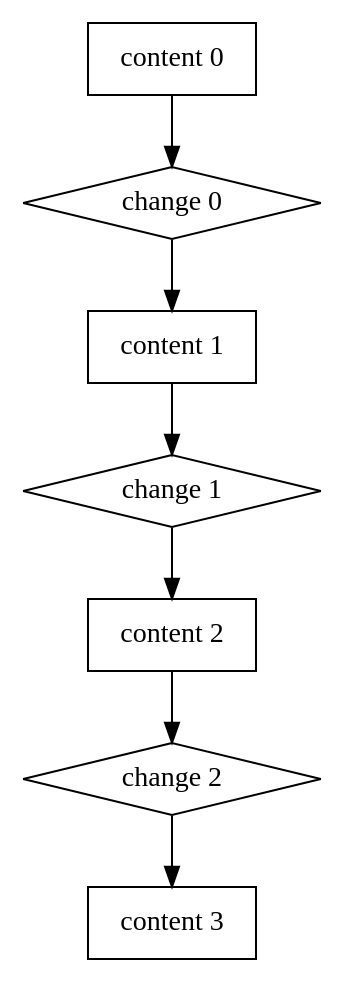
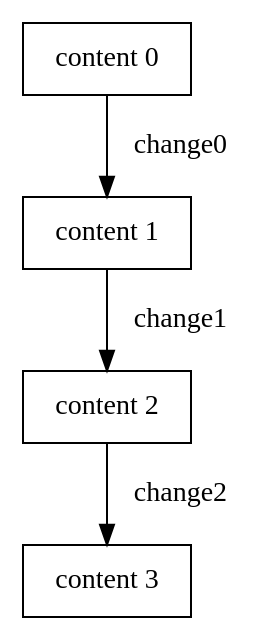
Before and after one commit to kindone/text-versioncontrol: the diagram in doc/change.dot, drawn with Graphviz. The commit also changed 8 other files, not shown here.

```diff
--- a/doc/change.dot
+++ b/doc/change.dot
@@ -1,12 +1,15 @@
 digraph change {
   content0 [shape=box, label="content 0"] 
-  change0 [shape=diamond, label="change 0"]
+  //change0 [shape=diamond, label="change 0"]
   content1 [shape=box, label="content 1"] 
-  change1 [shape=diamond, label="change 1"]
+  //change1 [shape=diamond, label="change 1"]
   content2 [shape=box, label="content 2"] 
-  change2 [shape=diamond, label="change 2"]
+  //change2 [shape=diamond, label="change 2"]
   content3 [shape=box, label="content 3"] 
 
 
-  content0 -> change0 -> content1 -> change1 -> content2 -> change2 -> content3
+  //content0 -> change0 -> content1 -> change1 -> content2 -> change2 -> content3
+  content0 -> content1 [label="  change0"]
+  content1 -> content2 [label="  change1"]
+  content2 -> content3 [label="  change2"]
 }
```
